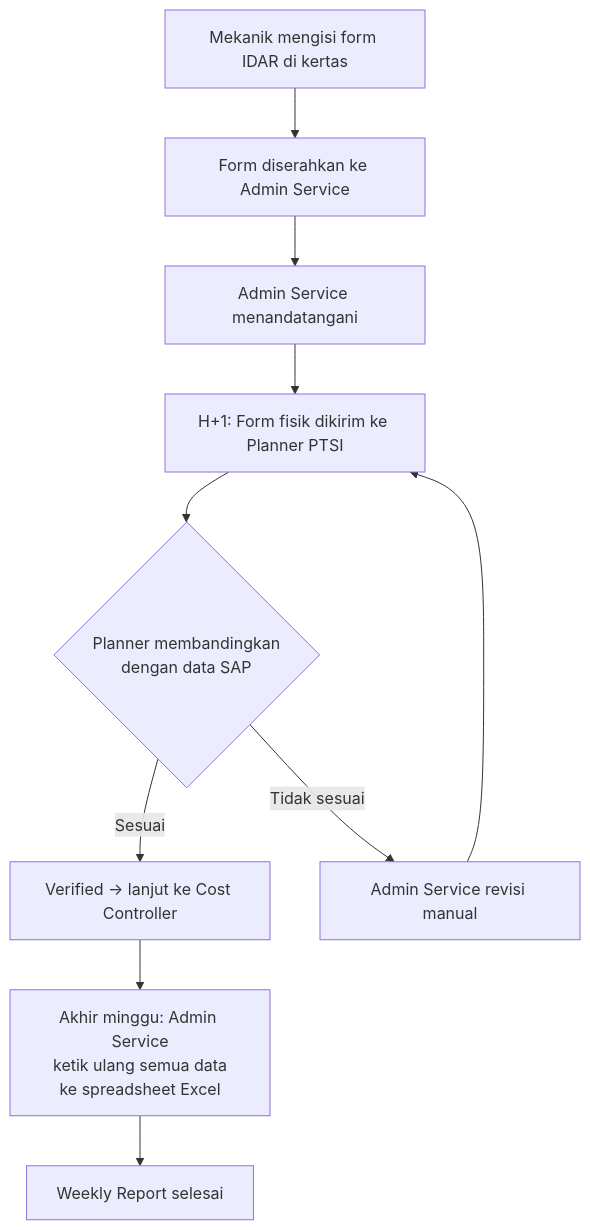
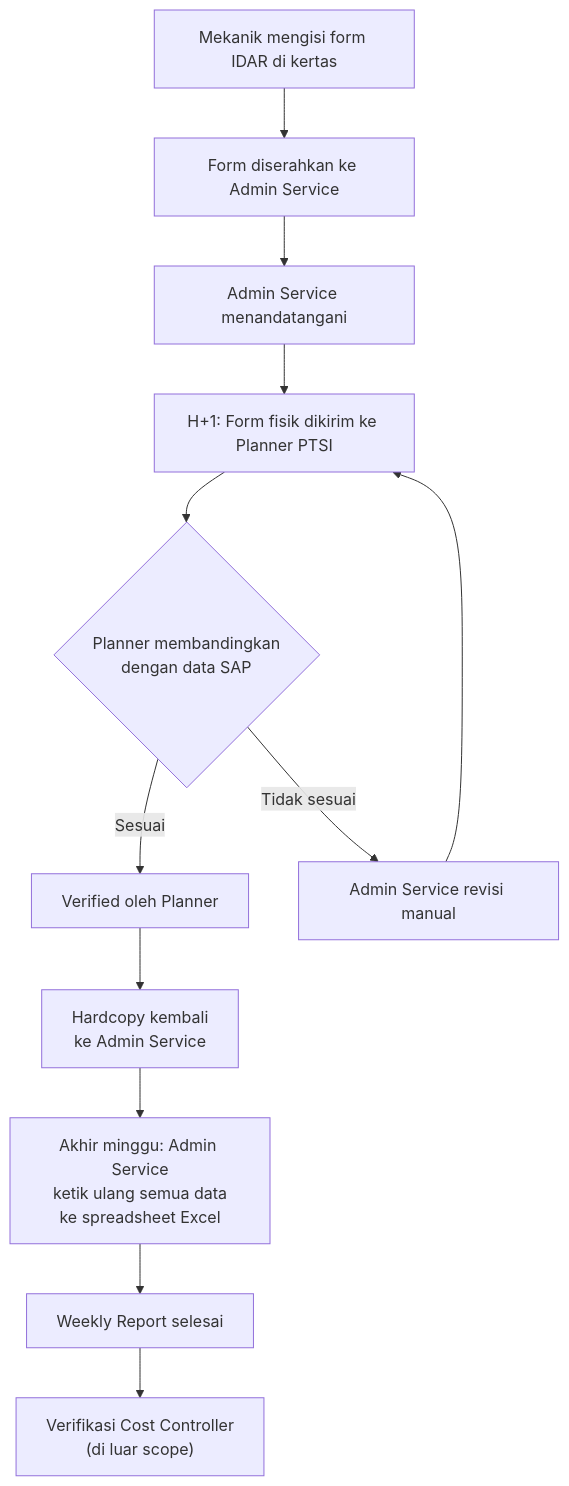
One commit to aindragt/daily-routine changed the first of 5 diagrams in PRD.md. Above: the diagram before and after it, drawn with Mermaid. The commit also changed other lines of this file, not shown here.

````diff
--- a/PRD.md
+++ b/PRD.md
@@ -46,12 +46,14 @@
 ```mermaid
 flowchart TD
     A["Mekanik mengisi form IDAR di kertas"] --> B["Form diserahkan ke Admin Service"]
     B --> C["Admin Service menandatangani"]
     C --> D["H+1: Form fisik dikirim ke Planner PTSI"]
     D --> E{"Planner membandingkan\ndengan data SAP"}
-    E -->|Sesuai| F["Verified → lanjut ke Cost Controller"]
+    E -->|Sesuai| F["Verified oleh Planner"]
     E -->|Tidak sesuai| G["Admin Service revisi manual"]
     G --> D
-    F --> H["Akhir minggu: Admin Service\nketik ulang semua data\nke spreadsheet Excel"]
+    F --> F2["Hardcopy kembali\nke Admin Service"]
+    F2 --> H["Akhir minggu: Admin Service\nketik ulang semua data\nke spreadsheet Excel"]
     H --> I["Weekly Report selesai"]
+    I --> J["Verifikasi Cost Controller\n(di luar scope)"]
 ```
````
